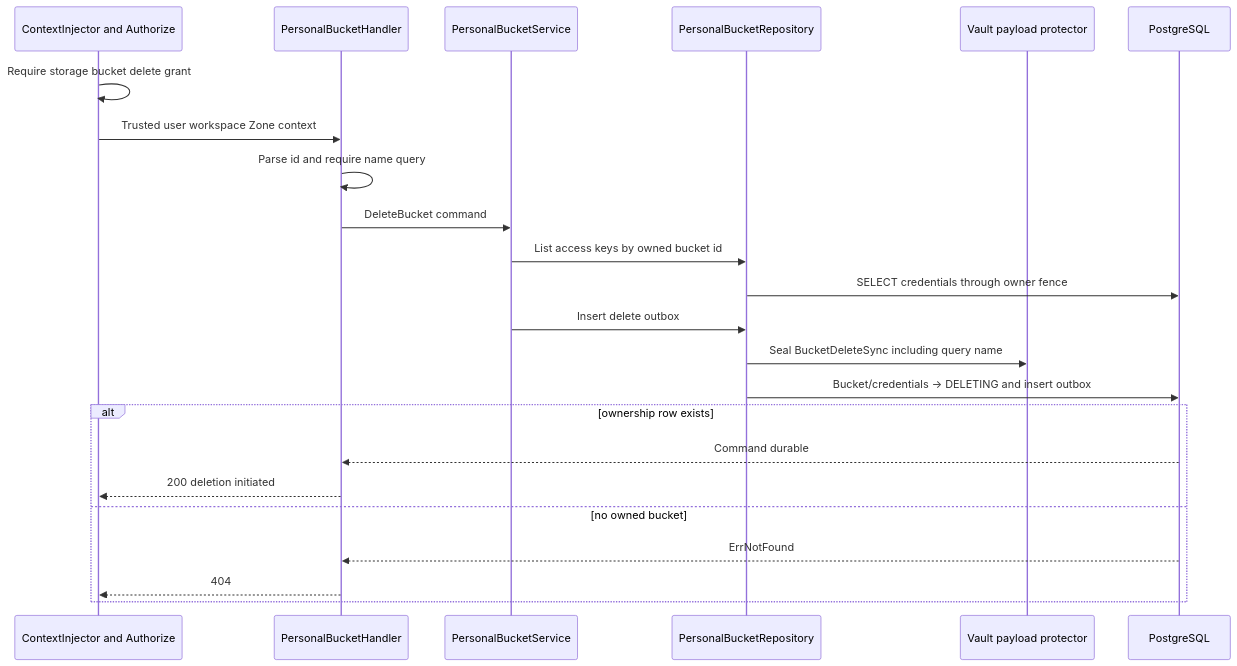
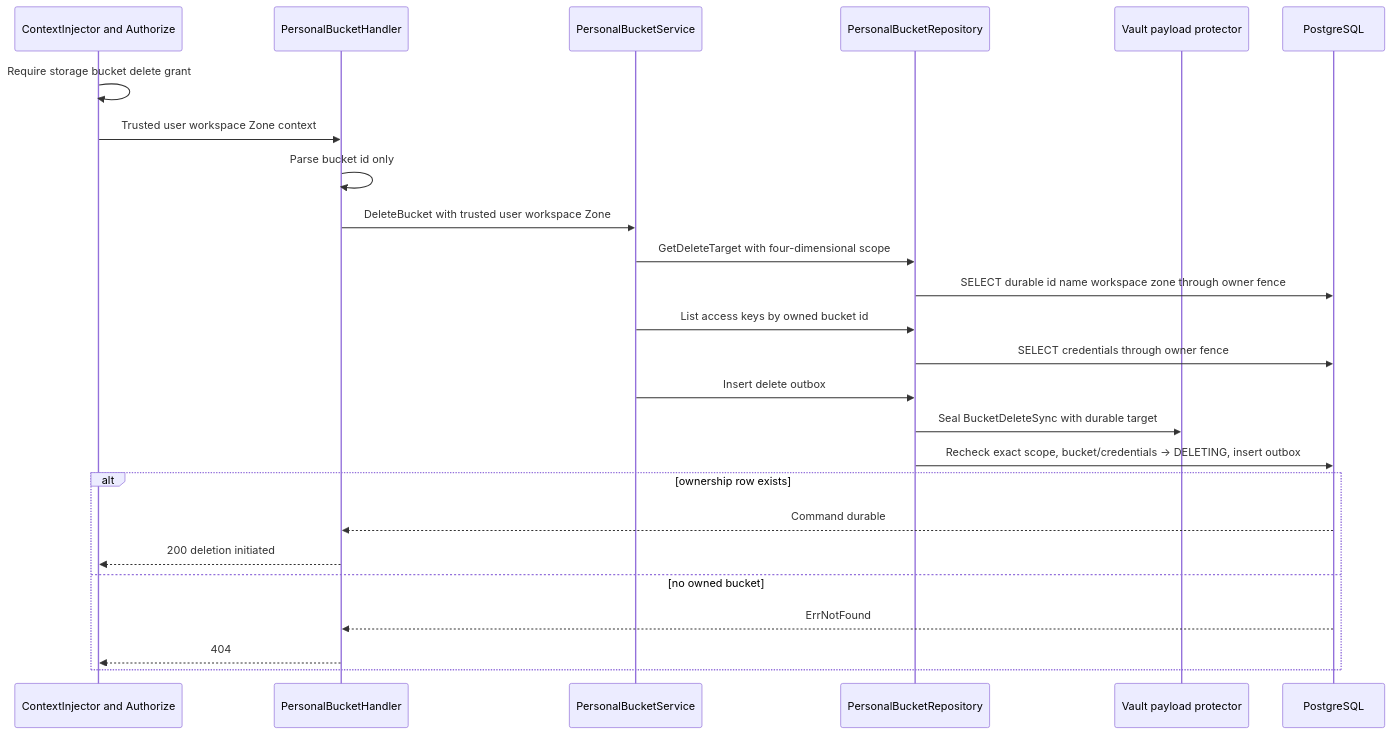
One commit to phucle996/aurora changed the second of 6 diagrams in god_view/storage/personal_bucket_delete_god_view_workflow.md. Above: the diagram before and after it, drawn with Mermaid. The commit also changed other lines of this file and 94 other files, not shown here.

````diff
--- a/god_view/storage/personal_bucket_delete_god_view_workflow.md
+++ b/god_view/storage/personal_bucket_delete_god_view_workflow.md
@@ -102,26 +108,28 @@
 ```mermaid
 sequenceDiagram
     participant M as ContextInjector and Authorize
     participant H as PersonalBucketHandler
     participant S as PersonalBucketService
     participant R as PersonalBucketRepository
     participant V as Vault payload protector
     participant PG as PostgreSQL
 
     M->>M: Require storage bucket delete grant
     M->>H: Trusted user workspace Zone context
-    H->>H: Parse id and require name query
-    H->>S: DeleteBucket command
+    H->>H: Parse bucket id only
+    H->>S: DeleteBucket with trusted user workspace Zone
+    S->>R: GetDeleteTarget with four-dimensional scope
+    R->>PG: SELECT durable id name workspace zone through owner fence
     S->>R: List access keys by owned bucket id
     R->>PG: SELECT credentials through owner fence
     S->>R: Insert delete outbox
-    R->>V: Seal BucketDeleteSync including query name
-    R->>PG: Bucket/credentials -> DELETING and insert outbox
+    R->>V: Seal BucketDeleteSync with durable target
+    R->>PG: Recheck exact scope, bucket/credentials -> DELETING, insert outbox
     alt ownership row exists
         PG-->>H: Command durable
         H-->>M: 200 deletion initiated
     else no owned bucket
         PG-->>H: ErrNotFound
         H-->>M: 404
     end
 ```
````
